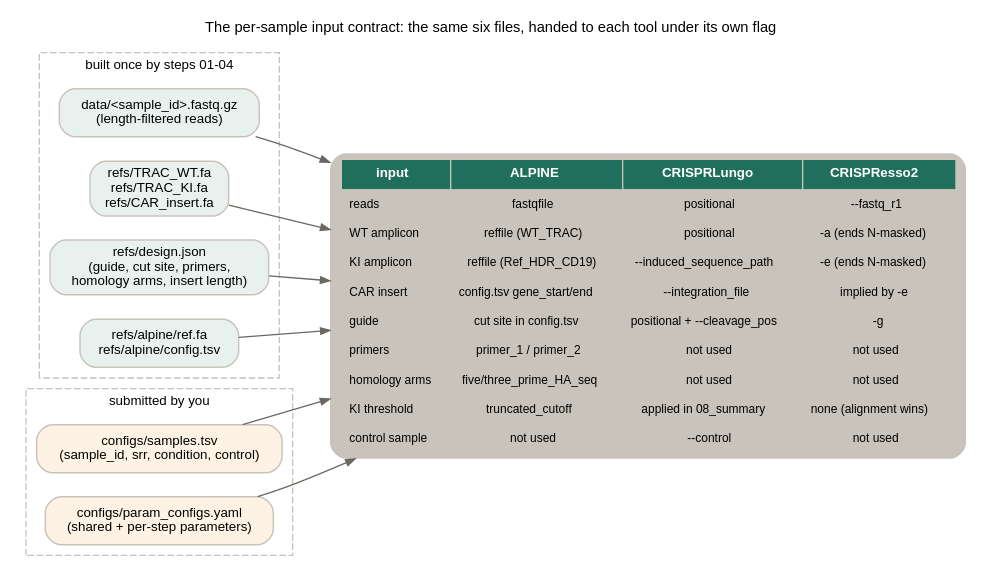
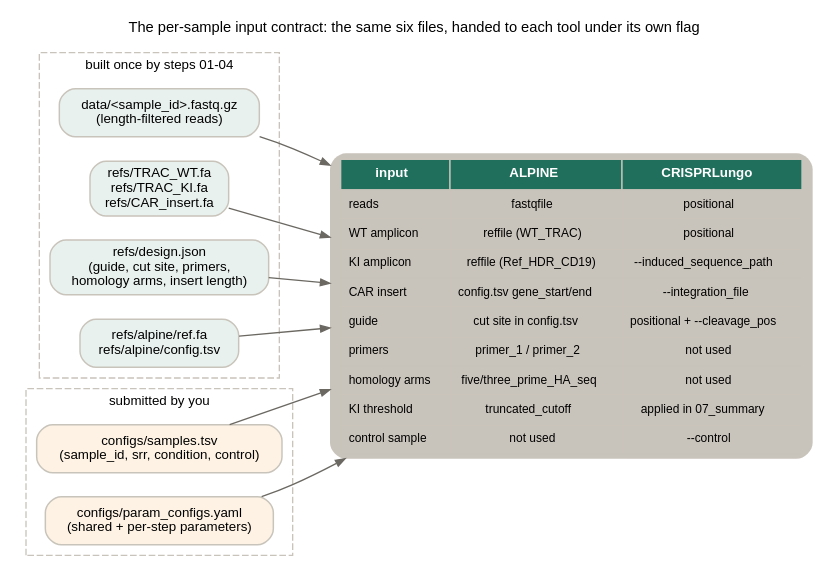
Before and after one commit to ssenci97/ONT-CRISPR-knock-in: the diagram in docs/diagrams/01_inputs.dot, drawn with Graphviz. The commit also changed 31 other files, not shown here.

```diff
--- a/docs/diagrams/01_inputs.dot
+++ b/docs/diagrams/01_inputs.dot
@@ -1,38 +1,37 @@
 digraph inputs {
   graph [rankdir=LR, bgcolor="white", fontname="Helvetica", fontsize=11, labelloc=t,
          label="The per-sample input contract: the same six files, handed to each tool under its own flag"];
   node [fontname="Helvetica", fontsize=10, shape=box, style="rounded,filled", color="#c9c4bb", penwidth=1.1];
   edge [color="#6b6862", arrowsize=0.7];
 
   subgraph cluster_made {
     label="built once by steps 01-04"; fontname="Helvetica"; fontsize=10; color="#c9c4bb"; style=dashed;
     fastq  [label="data/<sample_id>.fastq.gz\n(length-filtered reads)", fillcolor="#e8f1ee"];
     refs   [label="refs/TRAC_WT.fa\nrefs/TRAC_KI.fa\nrefs/CAR_insert.fa", fillcolor="#e8f1ee"];
     design [label="refs/design.json\n(guide, cut site, primers,\nhomology arms, insert length)", fillcolor="#e8f1ee"];
     alpcfg [label="refs/alpine/ref.fa\nrefs/alpine/config.tsv", fillcolor="#e8f1ee"];
   }
   subgraph cluster_user {
     label="submitted by you"; fontname="Helvetica"; fontsize=10; color="#c9c4bb"; style=dashed;
     sheet [label="configs/samples.tsv\n(sample_id, srr, condition, control)", fillcolor="#fdf2e3"];
     yaml  [label="configs/param_configs.yaml\n(shared + per-step parameters)", fillcolor="#fdf2e3"];
   }
 
   table [shape=plaintext, label=<
     <TABLE BORDER="0" CELLBORDER="1" CELLSPACING="0" CELLPADDING="5">
       <TR><TD BGCOLOR="#1f6f5c"><FONT COLOR="white" POINT-SIZE="10"><B>input</B></FONT></TD>
           <TD BGCOLOR="#1f6f5c"><FONT COLOR="white" POINT-SIZE="10"><B>ALPINE</B></FONT></TD>
-          <TD BGCOLOR="#1f6f5c"><FONT COLOR="white" POINT-SIZE="10"><B>CRISPRLungo</B></FONT></TD>
-          <TD BGCOLOR="#1f6f5c"><FONT COLOR="white" POINT-SIZE="10"><B>CRISPResso2</B></FONT></TD></TR>
-      <TR><TD ALIGN="LEFT"><FONT POINT-SIZE="9">reads</FONT></TD><TD><FONT POINT-SIZE="9">fastqfile</FONT></TD><TD><FONT POINT-SIZE="9">positional</FONT></TD><TD><FONT POINT-SIZE="9">--fastq_r1</FONT></TD></TR>
-      <TR><TD ALIGN="LEFT"><FONT POINT-SIZE="9">WT amplicon</FONT></TD><TD><FONT POINT-SIZE="9">reffile (WT_TRAC)</FONT></TD><TD><FONT POINT-SIZE="9">positional</FONT></TD><TD><FONT POINT-SIZE="9">-a (ends N-masked)</FONT></TD></TR>
-      <TR><TD ALIGN="LEFT"><FONT POINT-SIZE="9">KI amplicon</FONT></TD><TD><FONT POINT-SIZE="9">reffile (Ref_HDR_CD19)</FONT></TD><TD><FONT POINT-SIZE="9">--induced_sequence_path</FONT></TD><TD><FONT POINT-SIZE="9">-e (ends N-masked)</FONT></TD></TR>
-      <TR><TD ALIGN="LEFT"><FONT POINT-SIZE="9">CAR insert</FONT></TD><TD><FONT POINT-SIZE="9">config.tsv gene_start/end</FONT></TD><TD><FONT POINT-SIZE="9">--integration_file</FONT></TD><TD><FONT POINT-SIZE="9">implied by -e</FONT></TD></TR>
-      <TR><TD ALIGN="LEFT"><FONT POINT-SIZE="9">guide</FONT></TD><TD><FONT POINT-SIZE="9">cut site in config.tsv</FONT></TD><TD><FONT POINT-SIZE="9">positional + --cleavage_pos</FONT></TD><TD><FONT POINT-SIZE="9">-g</FONT></TD></TR>
-      <TR><TD ALIGN="LEFT"><FONT POINT-SIZE="9">primers</FONT></TD><TD><FONT POINT-SIZE="9">primer_1 / primer_2</FONT></TD><TD><FONT POINT-SIZE="9">not used</FONT></TD><TD><FONT POINT-SIZE="9">not used</FONT></TD></TR>
-      <TR><TD ALIGN="LEFT"><FONT POINT-SIZE="9">homology arms</FONT></TD><TD><FONT POINT-SIZE="9">five/three_prime_HA_seq</FONT></TD><TD><FONT POINT-SIZE="9">not used</FONT></TD><TD><FONT POINT-SIZE="9">not used</FONT></TD></TR>
-      <TR><TD ALIGN="LEFT"><FONT POINT-SIZE="9">KI threshold</FONT></TD><TD><FONT POINT-SIZE="9">truncated_cutoff</FONT></TD><TD><FONT POINT-SIZE="9">applied in 08_summary</FONT></TD><TD><FONT POINT-SIZE="9">none (alignment wins)</FONT></TD></TR>
-      <TR><TD ALIGN="LEFT"><FONT POINT-SIZE="9">control sample</FONT></TD><TD><FONT POINT-SIZE="9">not used</FONT></TD><TD><FONT POINT-SIZE="9">--control</FONT></TD><TD><FONT POINT-SIZE="9">not used</FONT></TD></TR>
+          <TD BGCOLOR="#1f6f5c"><FONT COLOR="white" POINT-SIZE="10"><B>CRISPRLungo</B></FONT></TD></TR>
+      <TR><TD ALIGN="LEFT"><FONT POINT-SIZE="9">reads</FONT></TD><TD><FONT POINT-SIZE="9">fastqfile</FONT></TD><TD><FONT POINT-SIZE="9">positional</FONT></TD></TR>
+      <TR><TD ALIGN="LEFT"><FONT POINT-SIZE="9">WT amplicon</FONT></TD><TD><FONT POINT-SIZE="9">reffile (WT_TRAC)</FONT></TD><TD><FONT POINT-SIZE="9">positional</FONT></TD></TR>
+      <TR><TD ALIGN="LEFT"><FONT POINT-SIZE="9">KI amplicon</FONT></TD><TD><FONT POINT-SIZE="9">reffile (Ref_HDR_CD19)</FONT></TD><TD><FONT POINT-SIZE="9">--induced_sequence_path</FONT></TD></TR>
+      <TR><TD ALIGN="LEFT"><FONT POINT-SIZE="9">CAR insert</FONT></TD><TD><FONT POINT-SIZE="9">config.tsv gene_start/end</FONT></TD><TD><FONT POINT-SIZE="9">--integration_file</FONT></TD></TR>
+      <TR><TD ALIGN="LEFT"><FONT POINT-SIZE="9">guide</FONT></TD><TD><FONT POINT-SIZE="9">cut site in config.tsv</FONT></TD><TD><FONT POINT-SIZE="9">positional + --cleavage_pos</FONT></TD></TR>
+      <TR><TD ALIGN="LEFT"><FONT POINT-SIZE="9">primers</FONT></TD><TD><FONT POINT-SIZE="9">primer_1 / primer_2</FONT></TD><TD><FONT POINT-SIZE="9">not used</FONT></TD></TR>
+      <TR><TD ALIGN="LEFT"><FONT POINT-SIZE="9">homology arms</FONT></TD><TD><FONT POINT-SIZE="9">five/three_prime_HA_seq</FONT></TD><TD><FONT POINT-SIZE="9">not used</FONT></TD></TR>
+      <TR><TD ALIGN="LEFT"><FONT POINT-SIZE="9">KI threshold</FONT></TD><TD><FONT POINT-SIZE="9">truncated_cutoff</FONT></TD><TD><FONT POINT-SIZE="9">applied in 07_summary</FONT></TD></TR>
+      <TR><TD ALIGN="LEFT"><FONT POINT-SIZE="9">control sample</FONT></TD><TD><FONT POINT-SIZE="9">not used</FONT></TD><TD><FONT POINT-SIZE="9">--control</FONT></TD></TR>
     </TABLE>>];
 
   fastq -> table; refs -> table; design -> table; alpcfg -> table; sheet -> table; yaml -> table;
 }
```
